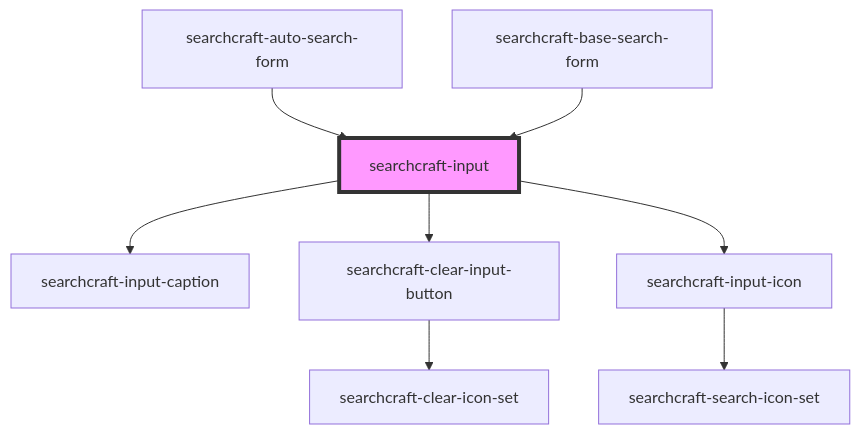
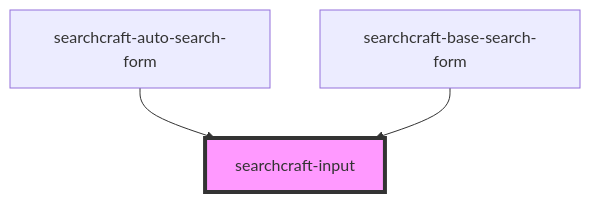
Before and after one commit to searchcraft-inc/searchcraft-javascript-sdks: the diagram in packages/javascript-sdk/src/components/searchcraft-input/readme.md, drawn with Mermaid. The commit also changed other lines of this file and 34 other files, not shown here.

````diff
--- a/packages/javascript-sdk/src/components/searchcraft-input/readme.md
+++ b/packages/javascript-sdk/src/components/searchcraft-input/readme.md
@@ -49,11 +40,6 @@
 ```mermaid
 graph TD;
-  searchcraft-input --> searchcraft-input-caption
-  searchcraft-input --> searchcraft-clear-input-button
-  searchcraft-input --> searchcraft-input-icon
-  searchcraft-clear-input-button --> searchcraft-clear-icon-set
-  searchcraft-input-icon --> searchcraft-search-icon-set
   searchcraft-auto-search-form --> searchcraft-input
   searchcraft-base-search-form --> searchcraft-input
   style searchcraft-input fill:#f9f,stroke:#333,stroke-width:4px
 ```
````
